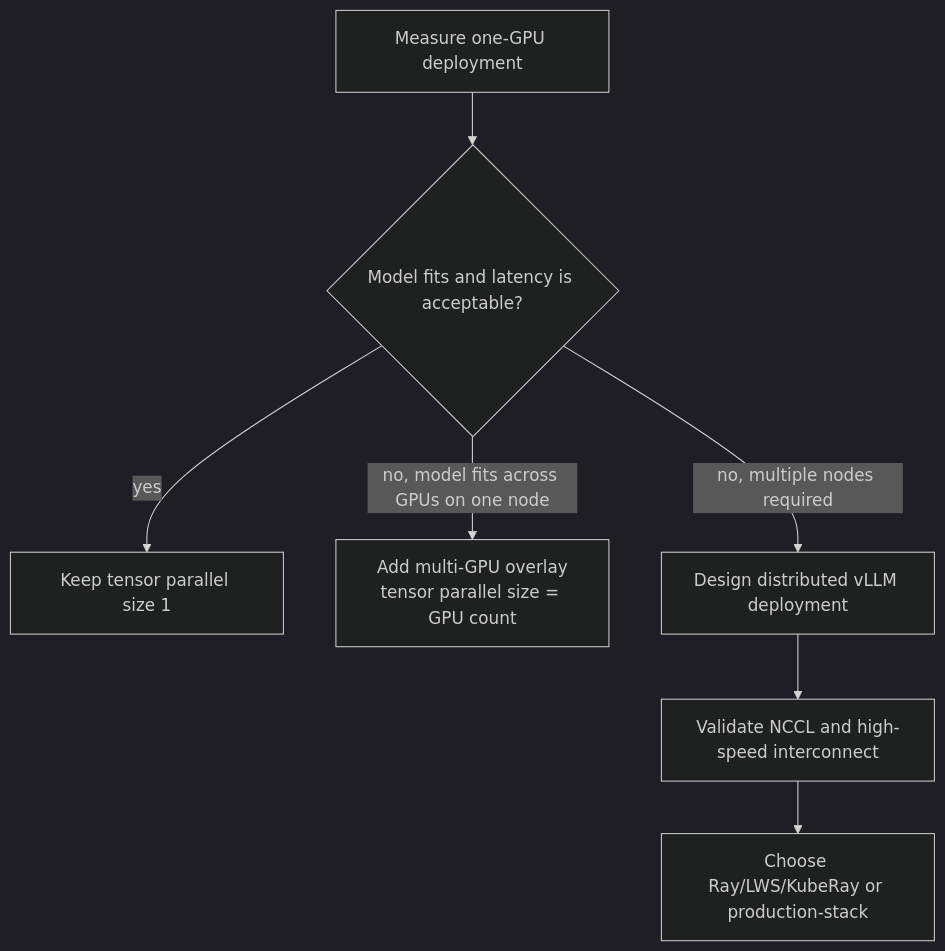
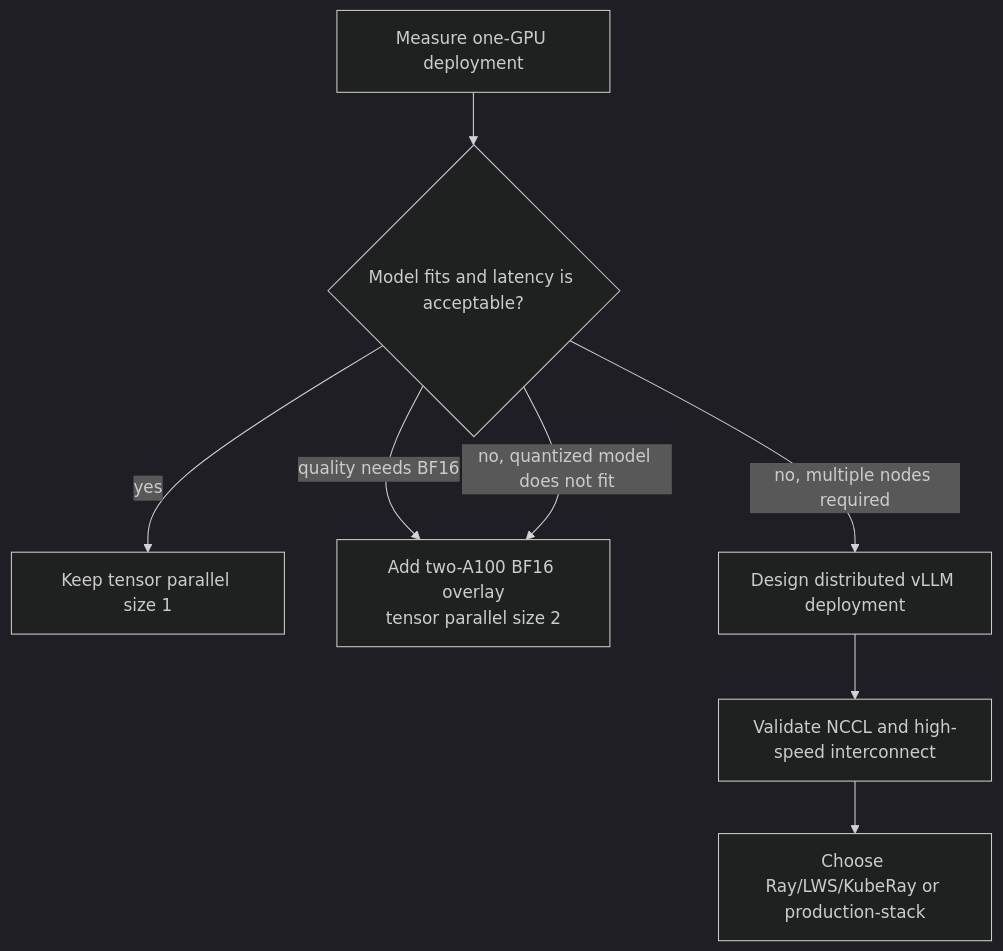
Before and after one commit to RadmirG/AES: the sixth of 6 diagrams in vllm/architecture.md, drawn with Mermaid (dark theme). The commit also changed other lines of this file and 7 other files, not shown here.

````diff
--- a/vllm/architecture.md
+++ b/vllm/architecture.md
@@ -112,9 +155,10 @@
 ```mermaid
 flowchart TD
     A["Measure one-GPU deployment"] --> B{"Model fits and latency is acceptable?"}
     B -->|yes| C["Keep tensor parallel size 1"]
-    B -->|no, model fits across GPUs on one node| D["Add multi-GPU overlay<br/>tensor parallel size = GPU count"]
+    B -->|quality needs BF16| D["Add two-A100 BF16 overlay<br/>tensor parallel size 2"]
+    B -->|no, quantized model does not fit| D
     B -->|no, multiple nodes required| E["Design distributed vLLM deployment"]
     E --> F["Validate NCCL and high-speed interconnect"]
     F --> G["Choose Ray/LWS/KubeRay or production-stack"]
 ```
````
